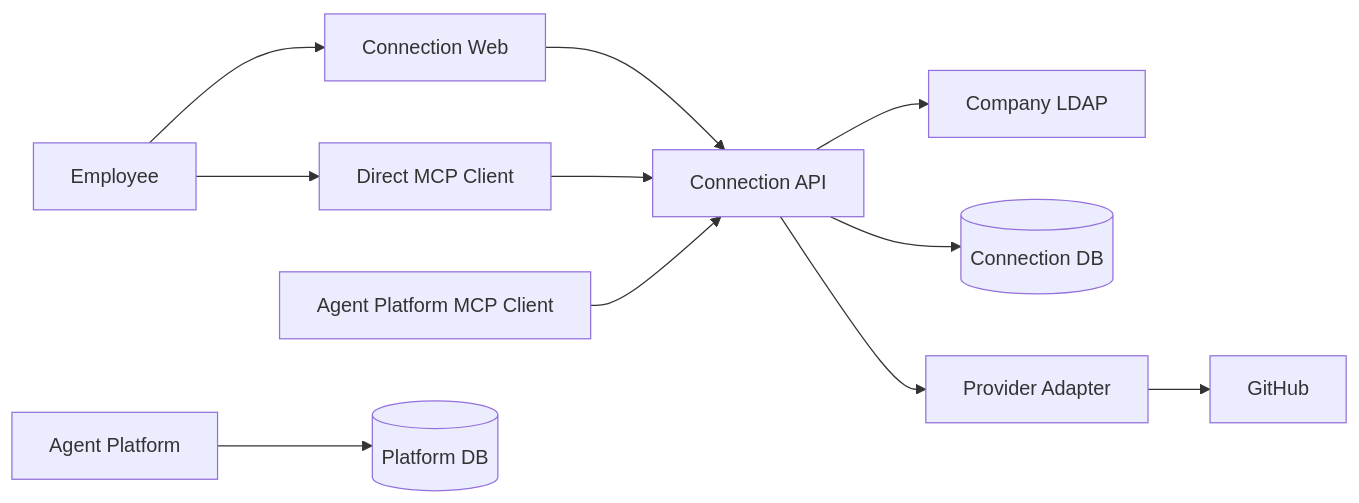
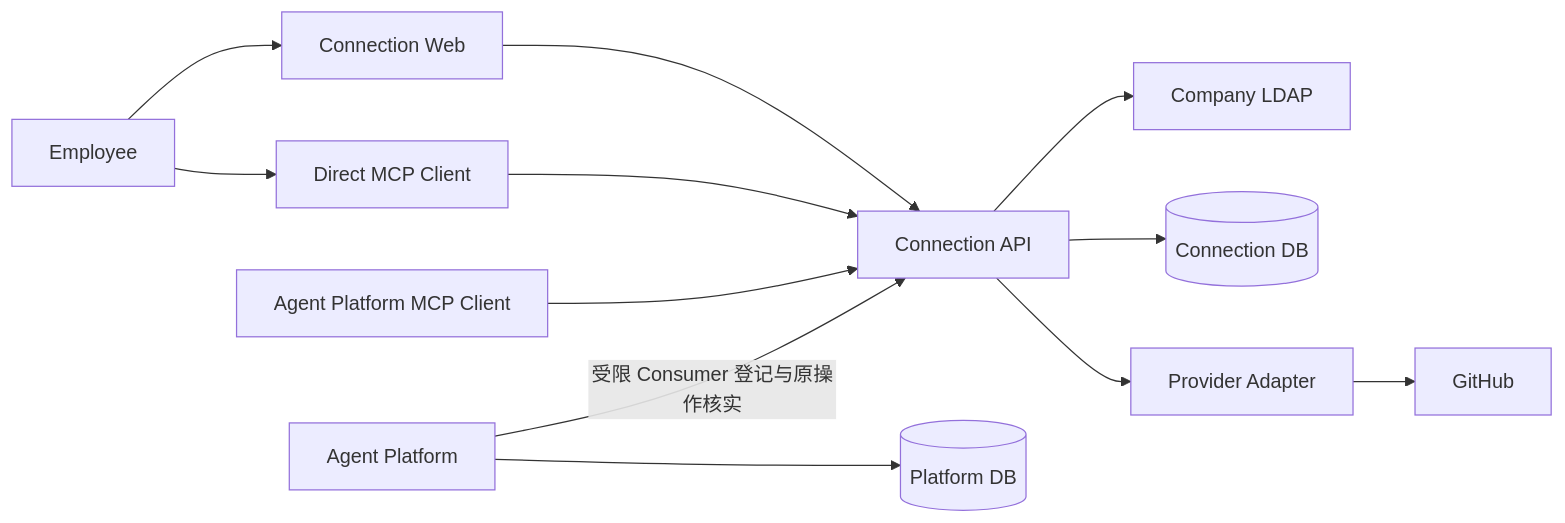
The first of 2 diagrams in docs/architecture/HLD-connection-M1.md (AgoraIO-Extensions/agent-infra), drawn with Mermaid before and after one commit. The commit also changed other lines of this file and 7 other files, not shown here.

````diff
--- a/docs/architecture/HLD-connection-M1.md
+++ b/docs/architecture/HLD-connection-M1.md
@@ -20,13 +20,14 @@
 ```mermaid
 flowchart LR
     U[Employee] --> CW[Connection Web]
     U --> MC[Direct MCP Client]
     CW --> CA[Connection API]
     MC --> CA
     CA --> LDAP[Company LDAP]
     CA --> CD[(Connection DB)]
     CA --> K[Provider Adapter]
     K --> GH[GitHub]
     AR[Agent Platform MCP Client] --> CA
     AP[Agent Platform] --> PD[(Platform DB)]
+    AP -->|受限 Consumer 登记与原操作核实| CA
 ```
````
